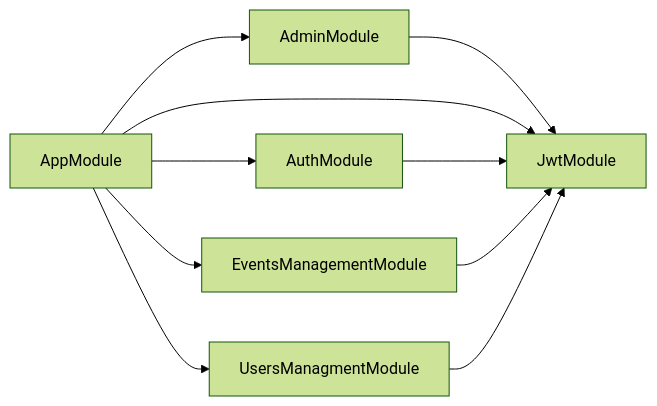
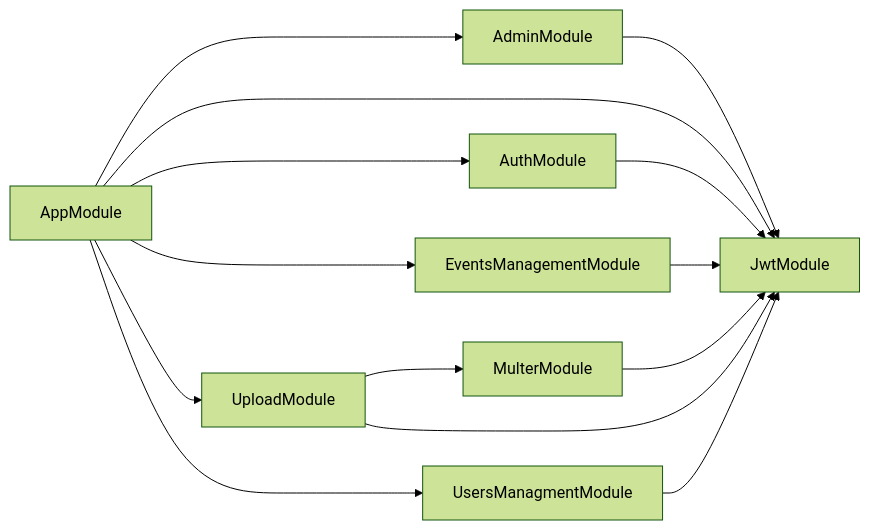
One commit to Mahmoudgalalz/crcl-service changed the diagram in deps.mermaid. Above: the diagram before and after it, drawn with Mermaid (forest theme). The commit also changed 9 other files, not shown here.

```diff
--- a/deps.mermaid
+++ b/deps.mermaid
@@ -1,10 +1,14 @@
 graph LR
   AdminModule-->JwtModule
   AppModule-->AdminModule
   AppModule-->AuthModule
   AppModule-->EventsManagementModule
   AppModule-->JwtModule
+  AppModule-->UploadModule
   AppModule-->UsersManagmentModule
   AuthModule-->JwtModule
   EventsManagementModule-->JwtModule
+  MulterModule-->JwtModule
+  UploadModule-->JwtModule
+  UploadModule-->MulterModule
   UsersManagmentModule-->JwtModule
```
